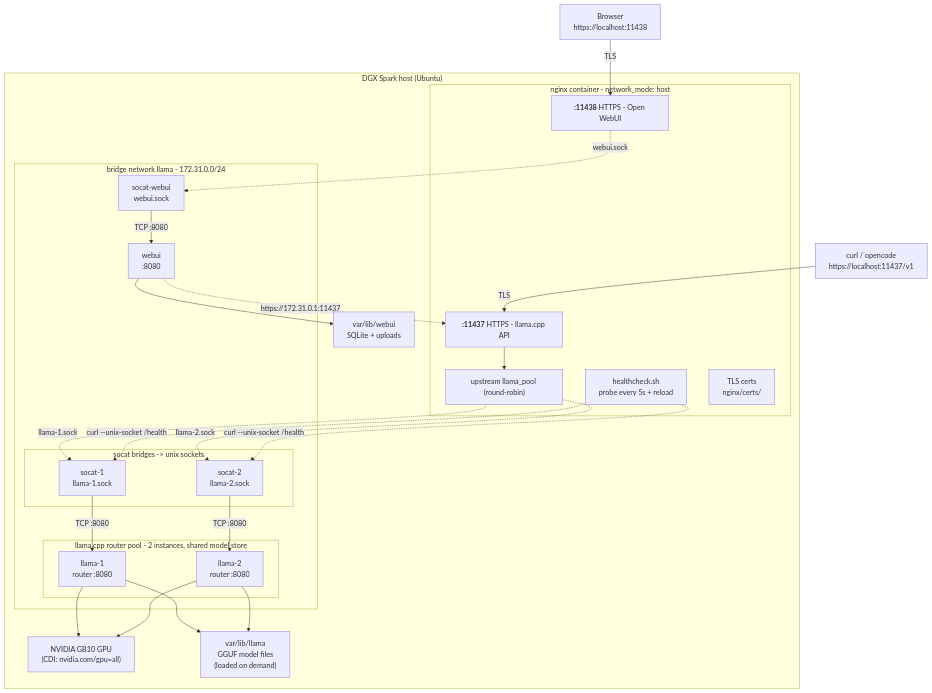
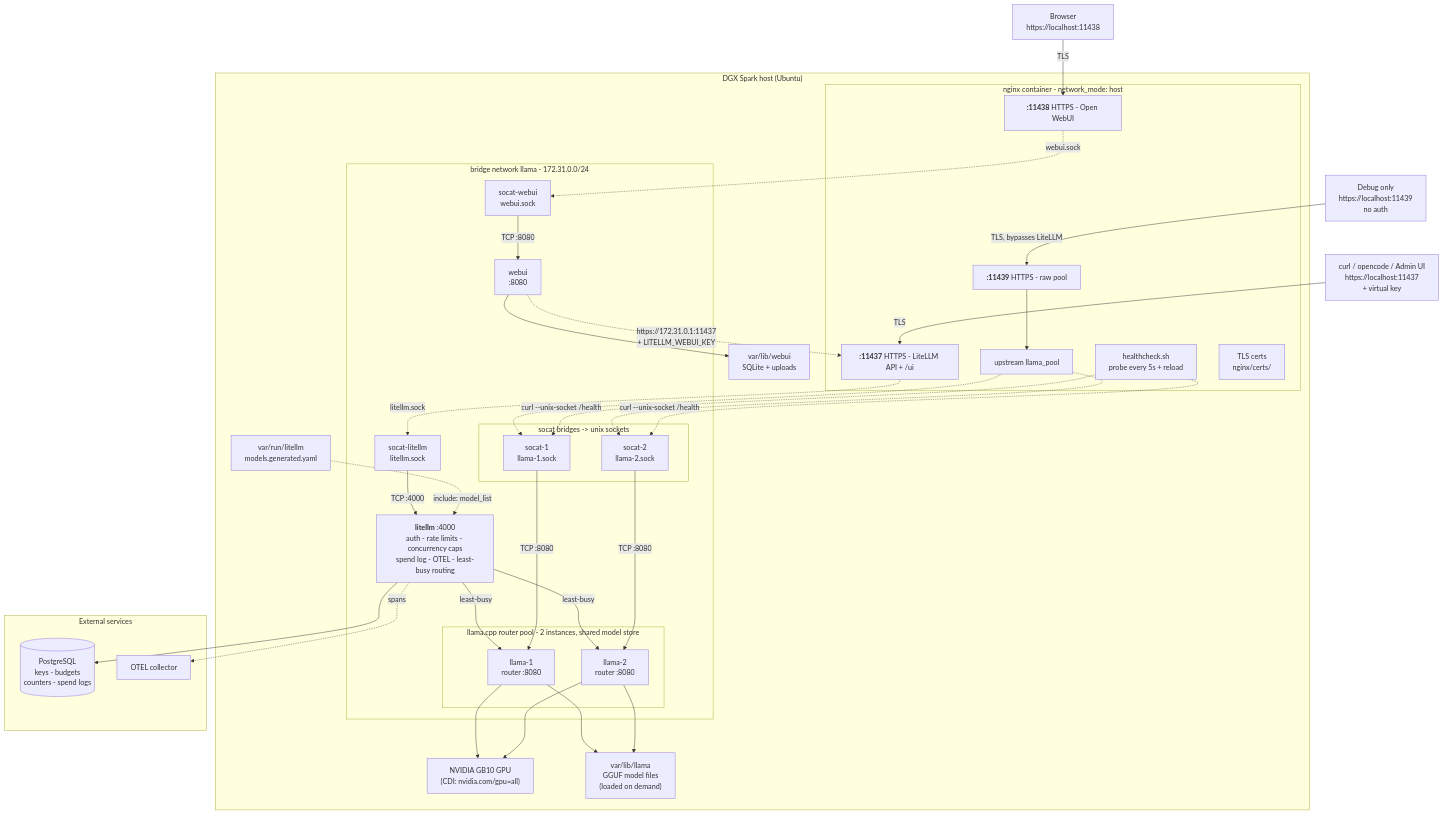
One commit to SpotDraft/llamacpp-serve changed the diagram in docs/diagrams/architecture.mmd. Above: the diagram before and after it, drawn with Mermaid. The commit also changed 18 other files, not shown here.

First line of the commit message:
Add LiteLLM gateway for auth, rate limits and observability

```diff
--- a/docs/diagrams/architecture.mmd
+++ b/docs/diagrams/architecture.mmd
@@ -1,46 +1,68 @@
 flowchart TD
-    CLI1["curl / opencode<br/>https://localhost:11437/v1"]
+    CLI1["curl / opencode / Admin UI<br/>https://localhost:11437<br/>+ virtual key"]
     CLI2["Browser<br/>https://localhost:11438"]
+    CLI3["Debug only<br/>https://localhost:11439<br/>no auth"]
 
     subgraph HOST["DGX Spark host (Ubuntu)"]
         subgraph NGX["nginx container - network_mode: host"]
-            LS11437["<b>:11437</b> HTTPS - llama.cpp API"]
+            LS11437["<b>:11437</b> HTTPS - LiteLLM API + /ui"]
             LS11438["<b>:11438</b> HTTPS - Open WebUI"]
-            UP["upstream llama_pool (round-robin)"]
+            LS11439["<b>:11439</b> HTTPS - raw pool"]
+            UP["upstream llama_pool"]
             HK["healthcheck.sh<br/>probe every 5s + reload"]
             CERTS["TLS certs<br/>nginx/certs/"]
         end
 
         subgraph NET["bridge network llama - 172.31.0.0/24"]
+            SL["socat-litellm<br/>litellm.sock"]
+            LL["<b>litellm</b> :4000<br/>auth - rate limits - concurrency caps<br/>spend log - OTEL - least-busy routing"]
+            subgraph SOC["socat bridges -> unix sockets"]
+                S1["socat-1<br/>llama-1.sock"]
+                S2["socat-2<br/>llama-2.sock"]
+            end
             subgraph POOL["llama.cpp router pool - 2 instances, shared model store"]
                 L1["llama-1<br/>router :8080"]
                 L2["llama-2<br/>router :8080"]
-            end
-            subgraph SOC["socat bridges -> unix sockets"]
-                S1["socat-1<br/>llama-1.sock"]
-                S2["socat-2<br/>llama-2.sock"]
             end
             W["webui<br/>:8080"]
             SW["socat-webui<br/>webui.sock"]
         end
 
         GPU["NVIDIA GB10 GPU<br/>(CDI: nvidia.com/gpu=all)"]
         MODELS["var/lib/llama<br/>GGUF model files<br/>(loaded on demand)"]
+        GEN["var/run/litellm<br/>models.generated.yaml"]
         DATA["var/lib/webui<br/>SQLite + uploads"]
+    end
+
+    subgraph EXT["External services"]
+        PG[("PostgreSQL<br/>keys - budgets<br/>counters - spend logs")]
+        OTEL["OTEL collector"]
     end
 
     CLI1 -->|TLS| LS11437
     CLI2 -->|TLS| LS11438
-    LS11437 --> UP
-    UP -.->|llama-1.sock| S1
-    UP -.->|llama-2.sock| S2
+    CLI3 -->|TLS, bypasses LiteLLM| LS11439
+
+    LS11437 -.->|litellm.sock| SL
+    SL -->|TCP :4000| LL
+    GEN -.->|include: model_list| LL
+    LL -->|least-busy| L1
+    LL -->|least-busy| L2
+    LL --> PG
+    LL -.->|spans| OTEL
+
     LS11438 -.->|webui.sock| SW
+    SW -->|TCP :8080| W
+    W -.->|https://172.31.0.1:11437<br/>+ LITELLM_WEBUI_KEY| LS11437
+    W --> DATA
+
+    LS11439 --> UP
+    UP -.-> S1
+    UP -.-> S2
     S1 -->|TCP :8080| L1
     S2 -->|TCP :8080| L2
-    SW -->|TCP :8080| W
-    W -.->|https://172.31.0.1:11437| LS11437
     HK -.->|curl --unix-socket /health| S1
     HK -.->|curl --unix-socket /health| S2
+
     L1 & L2 --> GPU
     L1 & L2 --> MODELS
-    W --> DATA
```
